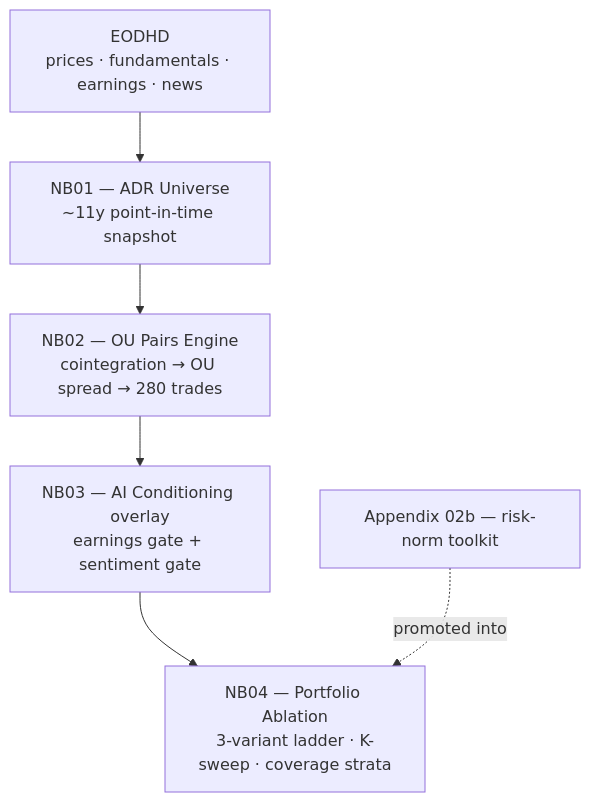
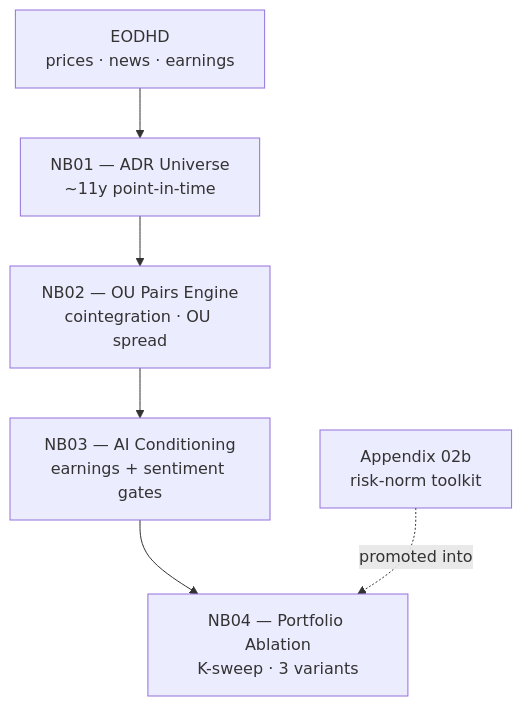
The diagram in README.md (FranQuant/ai-pairs-trading), drawn with Mermaid before and after one commit.

Commit message:
README: tighten Mermaid node labels to prevent text clipping on GitHub

````diff
--- a/README.md
+++ b/README.md
@@ -11,9 +11,9 @@
 ```mermaid
 flowchart TD
-    DATA["EODHD<br/>prices · fundamentals · earnings · news"] --> NB01
-    NB01["NB01 — ADR Universe<br/>~11y point-in-time snapshot"] --> NB02
-    NB02["NB02 — OU Pairs Engine<br/>cointegration → OU spread → 280 trades"] --> NB03
-    NB03["NB03 — AI Conditioning overlay<br/>earnings gate + sentiment gate"] --> NB04
-    NB04["NB04 — Portfolio Ablation<br/>3-variant ladder · K-sweep · coverage strata"]
-    APP["Appendix 02b — risk-norm toolkit"] -.->|promoted into| NB04
+    DATA["EODHD<br/>prices · news · earnings"] --> NB01
+    NB01["NB01 — ADR Universe<br/>~11y point-in-time"] --> NB02
+    NB02["NB02 — OU Pairs Engine<br/>cointegration · OU spread"] --> NB03
+    NB03["NB03 — AI Conditioning<br/>earnings + sentiment gates"] --> NB04
+    NB04["NB04 — Portfolio Ablation<br/>K-sweep · 3 variants"]
+    APP["Appendix 02b<br/>risk-norm toolkit"] -.->|promoted into| NB04
 ```
````
